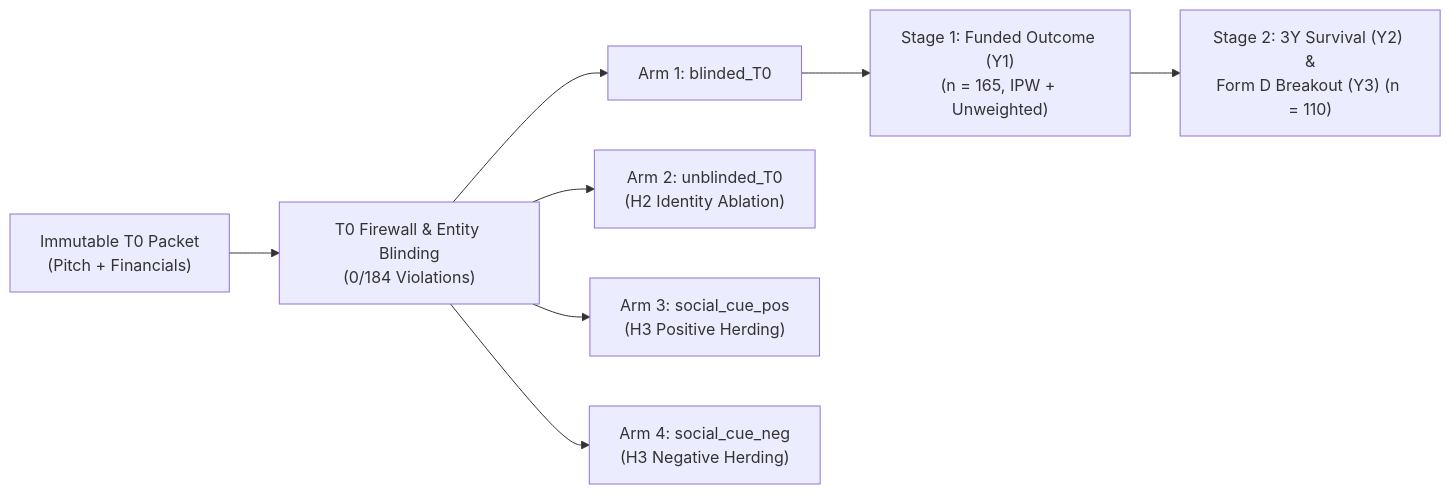
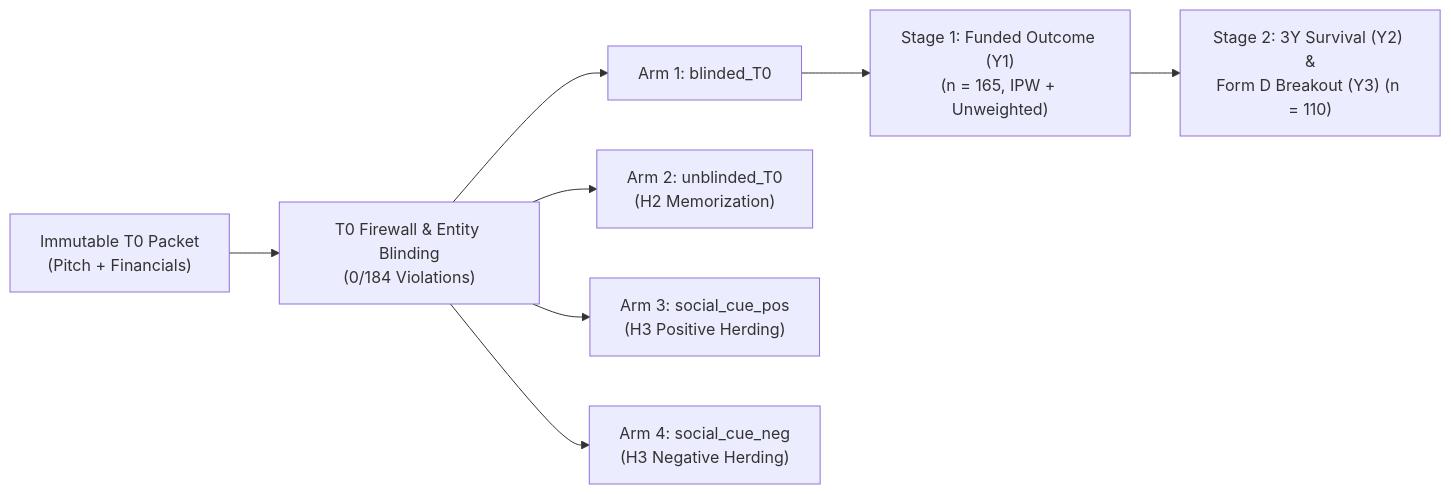
Before and after one commit to Raghavv-Saini/Business-Econ-Research: the diagram in report/BE_Research_Report.md, drawn with Mermaid. The commit also changed other lines of this file and 7 other files, not shown here.

````diff
--- a/report/BE_Research_Report.md
+++ b/report/BE_Research_Report.md
@@ -38,10 +38,10 @@
 ```mermaid
 flowchart LR
     T0["Immutable T0 Packet\n(Pitch + Financials)"] --> FW["T0 Firewall & Entity Blinding\n(0/184 Violations)"]
     FW --> B["Arm 1: blinded_T0"]
-    FW --> U["Arm 2: unblinded_T0\n(H2 Identity Ablation)"]
+    FW --> U["Arm 2: unblinded_T0\n(H2 Memorization)"]
     FW --> P["Arm 3: social_cue_pos\n(H3 Positive Herding)"]
     FW --> N["Arm 4: social_cue_neg\n(H3 Negative Herding)"]
     B --> S1["Stage 1: Funded Outcome (Y1)\n(n = 165, IPW + Unweighted)"]
     S1 --> S2["Stage 2: 3Y Survival (Y2) &\nForm D Breakout (Y3) (n = 110)"]
 ```
````
